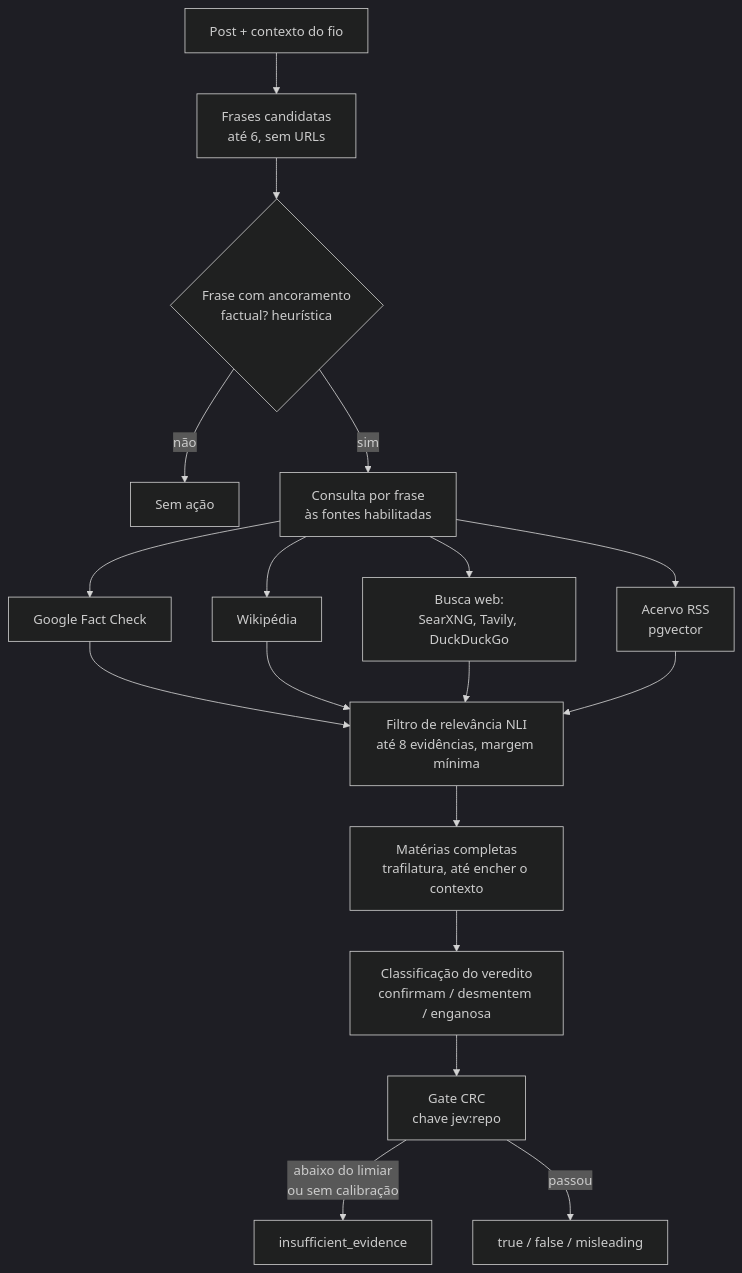
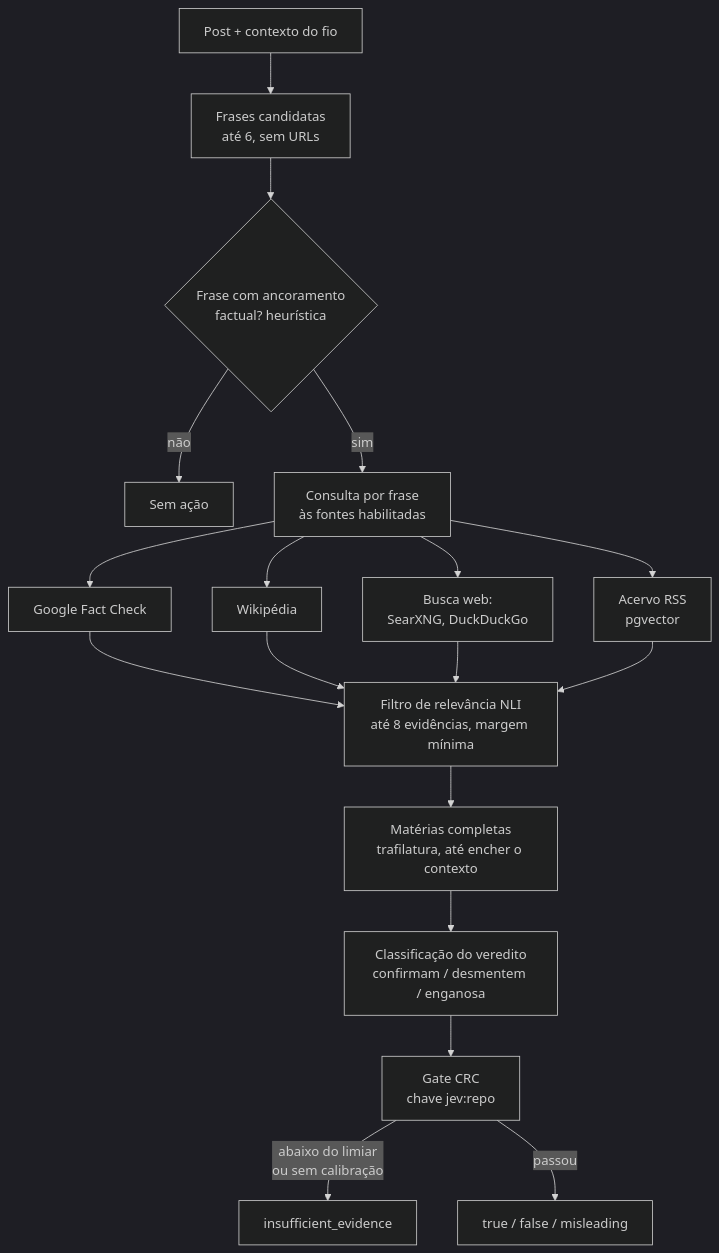
One commit to moonshinerd/ContrarIA changed the fourth of 4 diagrams in docs/arquitetura/index.md. Above: the diagram before and after it, drawn with Mermaid (dark theme). The commit also changed other lines of this file and 22 other files, not shown here.

First line of the commit message:
refactor(busca): remove o Tavily; web_search passa a ser SearXNG -> DuckDuckGo

````diff
--- a/docs/arquitetura/index.md
+++ b/docs/arquitetura/index.md
@@ -140,17 +139,17 @@
 ```mermaid
 flowchart TD
     P[Post + contexto do fio] --> S[Frases candidatas<br/>até 6, sem URLs]
     S --> K{Frase com ancoramento<br/>factual? heurística}
     K -- não --> X[Sem ação]
     K -- sim --> Q[Consulta por frase<br/>às fontes habilitadas]
     Q --> E1[Google Fact Check]
     Q --> E2[Wikipédia]
-    Q --> E3[Busca web:<br/>SearXNG, Tavily, DuckDuckGo]
+    Q --> E3[Busca web:<br/>SearXNG, DuckDuckGo]
     Q --> E4[Acervo RSS<br/>pgvector]
     E1 & E2 & E3 & E4 --> F[Filtro de relevância NLI<br/>até 8 evidências, margem mínima]
     F --> M[Matérias completas<br/>trafilatura, até encher o contexto]
     M --> C[Classificação do veredito<br/>confirmam / desmentem / enganosa]
     C --> G[Gate CRC<br/>chave jev:repo]
     G -- abaixo do limiar<br/>ou sem calibração --> I[insufficient_evidence]
     G -- passou --> V[true / false / misleading]
 ```
````
